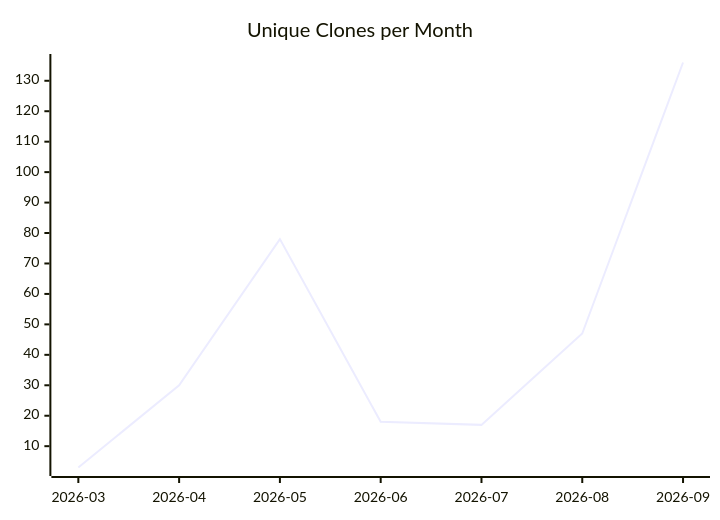
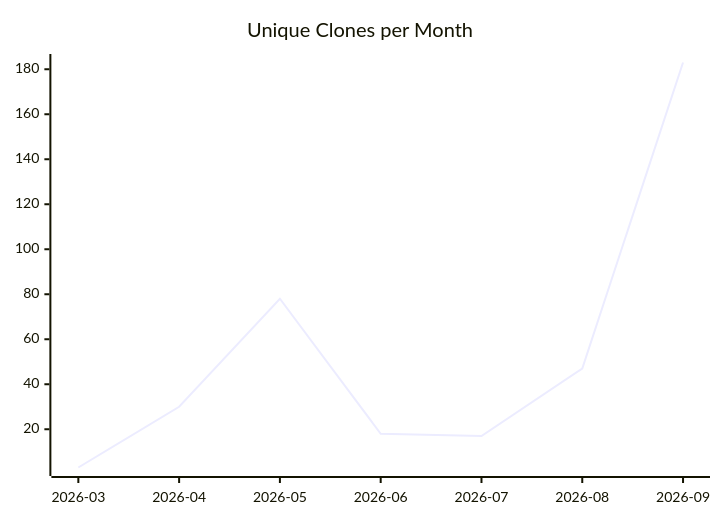
The third of 3 diagrams in karlmdavis/justdavis-ansible/README.md (justdavis-family/github-analytics-data), drawn with Mermaid before and after one commit. The commit also changed other lines of this file and 190 other files, not shown here.

````diff
--- a/karlmdavis/justdavis-ansible/README.md
+++ b/karlmdavis/justdavis-ansible/README.md
@@ -19,6 +19,6 @@
 ```mermaid
 xychart-beta
   title "Unique Clones per Month"
   x-axis ["2026-03", "2026-04", "2026-05", "2026-06", "2026-07", "2026-08", "2026-09"]
-  line [3, 30, 78, 18, 17, 47, 136]
+  line [3, 30, 78, 18, 17, 47, 183]
 ```
````
